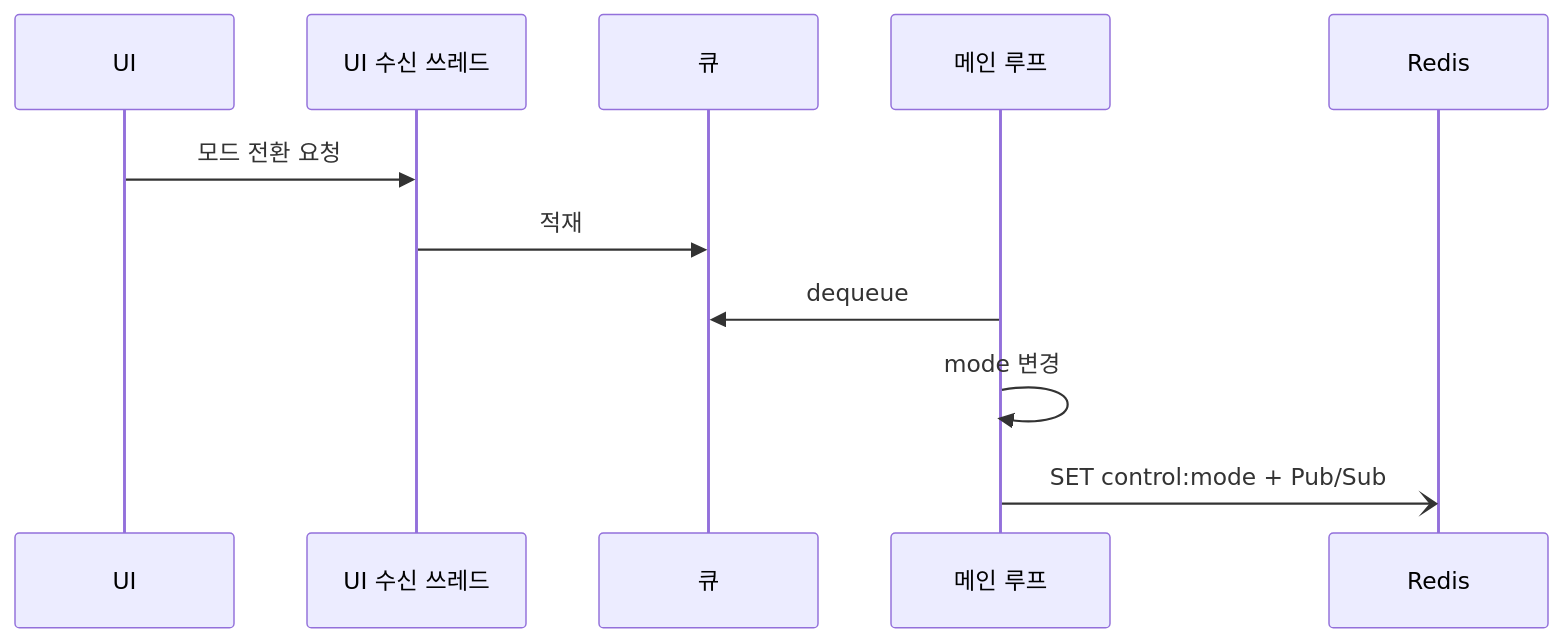
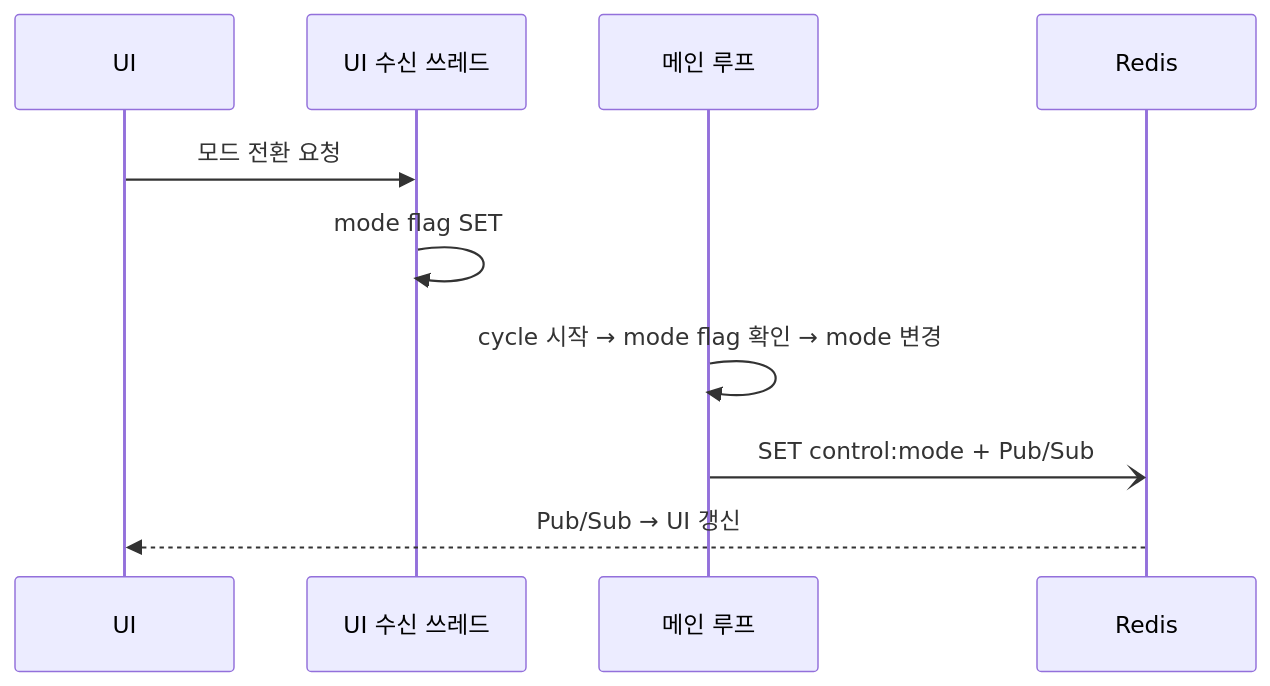
The second of 2 diagrams in docs/MCG.md (DEEPGadget/L2A_CDU_system), drawn with Mermaid before and after one commit. The commit also changed other lines of this file and 2 other files, not shown here.

````diff
--- a/docs/MCG.md
+++ b/docs/MCG.md
@@ -160,14 +161,13 @@
 ```mermaid
 sequenceDiagram
     participant UI as UI
     participant Listen as UI 수신 쓰레드
-    participant Queue as 큐
     participant Main as 메인 루프
     participant Redis as Redis
 
     UI->>Listen: 모드 전환 요청
-    Listen->>Queue: 적재
-    Main->>Queue: dequeue
-    Main->>Main: mode 변경
+    Listen->>Listen: mode flag SET
+    Main->>Main: cycle 시작 → mode flag 확인 → mode 변경
     Main-)Redis: SET control:mode + Pub/Sub
+    Redis-->>UI: Pub/Sub → UI 갱신
 ```
````
